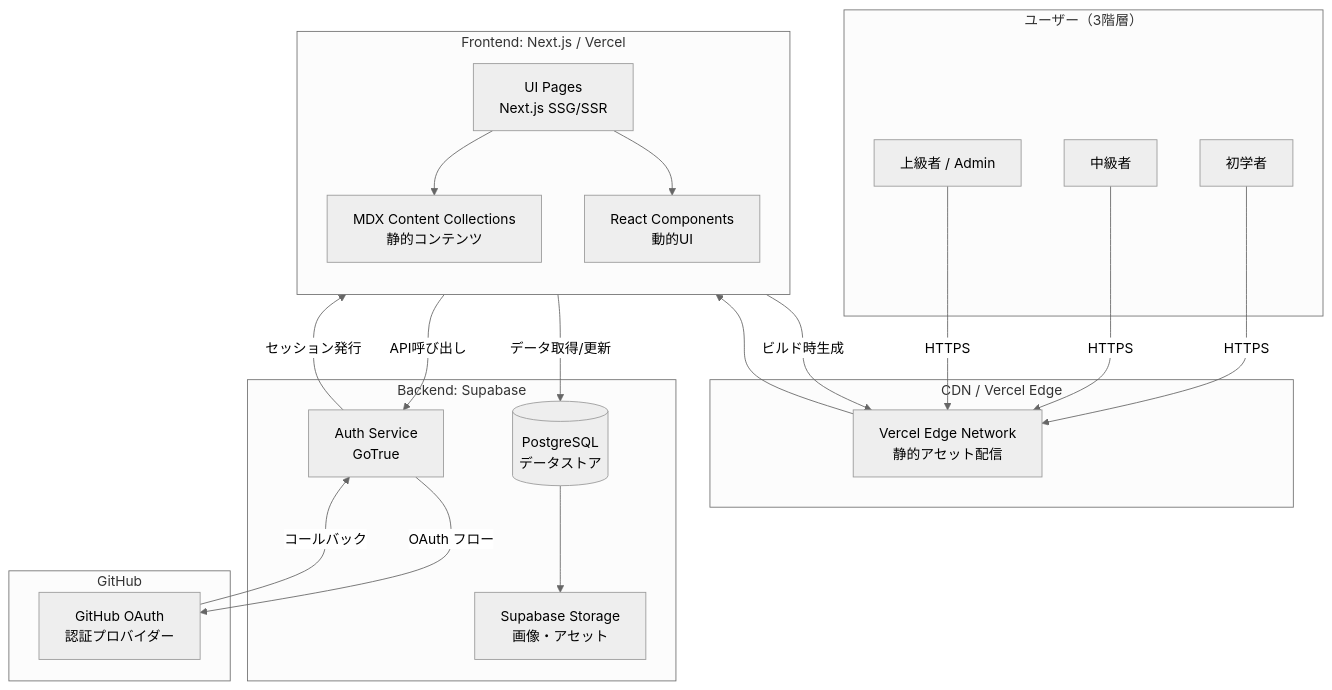
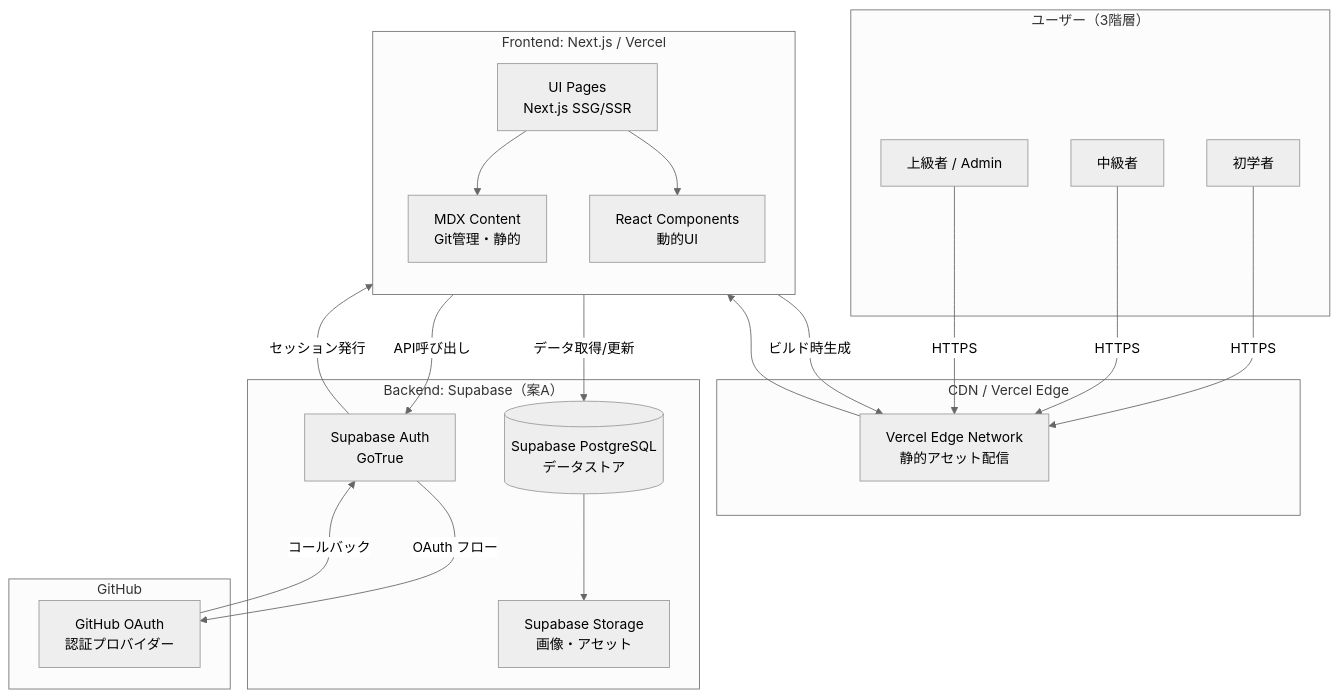
Before and after one commit to techub-organization/tech-atrium-wiki: the first of 7 diagrams in docs/specs/design.md, drawn with Mermaid (neutral theme). The commit also changed other lines of this file, not shown here.

Commit message:
docs: update design doc for multi-deploy architecture and fix React version / ドキュメント: 複数デプロイ構成の設計書に更新しReact 19をReact 18.2に修正

````diff
--- a/docs/specs/design.md
+++ b/docs/specs/design.md
@@ -15,41 +15,41 @@
 ```mermaid
 graph TD
     subgraph Users["ユーザー（3階層）"]
         U1[初学者]
         U2[中級者]
         U3[上級者 / Admin]
     end
 
     subgraph Frontend["Frontend: Next.js / Vercel"]
         direction TB
         UI[UI Pages<br/>Next.js SSG/SSR]
-        MDX[MDX Content Collections<br/>静的コンテンツ]
+        MDX[MDX Content<br/>Git管理・静的]
         RC[React Components<br/>動的UI]
     end
 
     subgraph Vercel["CDN / Vercel Edge"]
         EDGE[Vercel Edge Network<br/>静的アセット配信]
     end
 
-    subgraph Supabase["Backend: Supabase"]
-        AUTH[Auth Service<br/>GoTrue]
-        DB[(PostgreSQL<br/>データストア)]
+    subgraph Supabase["Backend: Supabase（案A）"]
+        AUTH[Supabase Auth<br/>GoTrue]
+        DB[(Supabase PostgreSQL<br/>データストア)]
         STORAGE[Supabase Storage<br/>画像・アセット]
     end
 
     subgraph GitHub["GitHub"]
         OAUTH[GitHub OAuth<br/>認証プロバイダー]
     end
 
     U1 & U2 & U3 -->|HTTPS| EDGE
     EDGE --> UI
     UI --> MDX
     UI --> RC
     RC -->|API呼び出し| AUTH
     RC -->|データ取得/更新| DB
     AUTH -->|OAuth フロー| OAUTH
     OAUTH -->|コールバック| AUTH
     AUTH -->|セッション発行| RC
     DB --> STORAGE
     MDX -->|ビルド時生成| EDGE
 ```
````
